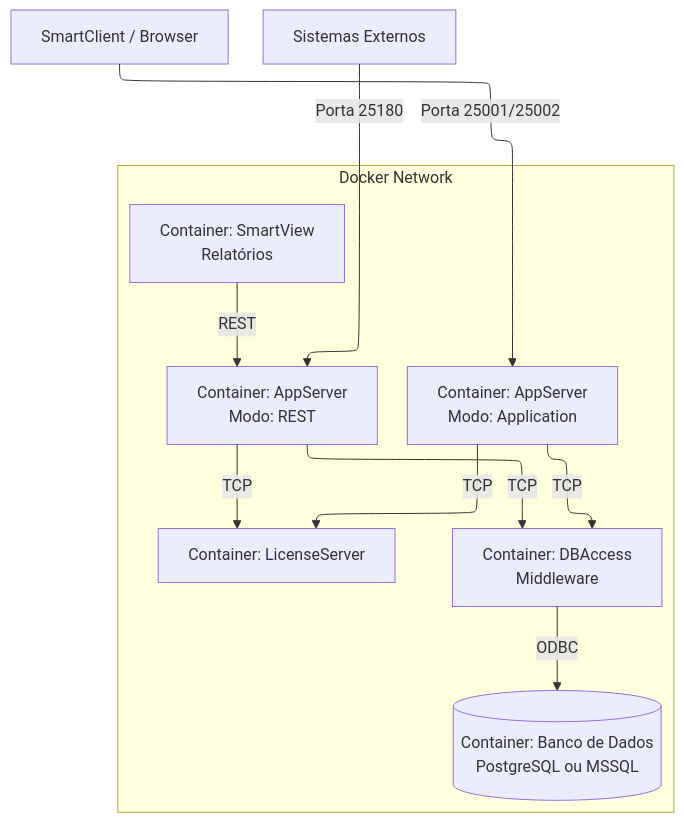
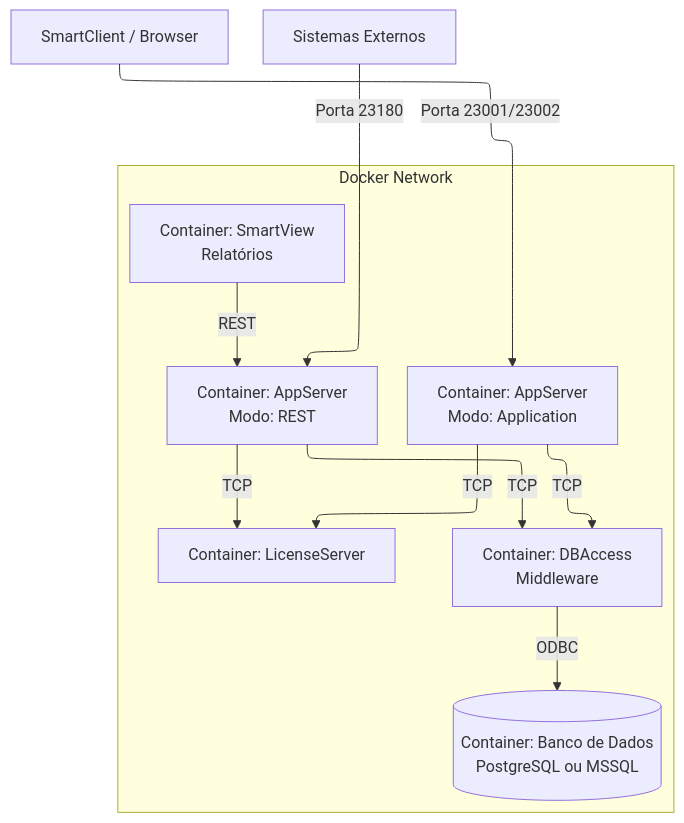
The diagram in docs/v1.0/02_Arquitetura.md (juliansantosinfo/TOTVS-Protheus-in-Docker), drawn with Mermaid before and after one commit. The commit also changed other lines of this file and 75 other files, not shown here.

````diff
--- a/docs/v1.0/02_Arquitetura.md
+++ b/docs/v1.0/02_Arquitetura.md
@@ -9,21 +9,21 @@
 ```mermaid
 ---
 config:
   layout: elk
 ---
 flowchart TB
  subgraph subGraph0["Docker Network"]
         AppServer["Container: AppServer<br>Modo: Application"]
         AppRest["Container: AppServer<br>Modo: REST"]
         SmartView["Container: SmartView<br>Relatórios"]
         DBAccess["Container: DBAccess<br>Middleware"]
         License["Container: LicenseServer"]
         Database[("Container: Banco de Dados<br>PostgreSQL ou MSSQL")]
   end
-    Client["SmartClient / Browser"] -- Porta 25001/25002 --> AppServer
-    ExtSystem["Sistemas Externos"] -- Porta 25180 --> AppRest
+    Client["SmartClient / Browser"] -- Porta 23001/23002 --> AppServer
+    ExtSystem["Sistemas Externos"] -- Porta 23180 --> AppRest
     AppServer -- TCP --> DBAccess & License
     AppRest -- TCP --> DBAccess & License
     SmartView -- REST --> AppRest
     DBAccess -- ODBC --> Database
 ```
````
